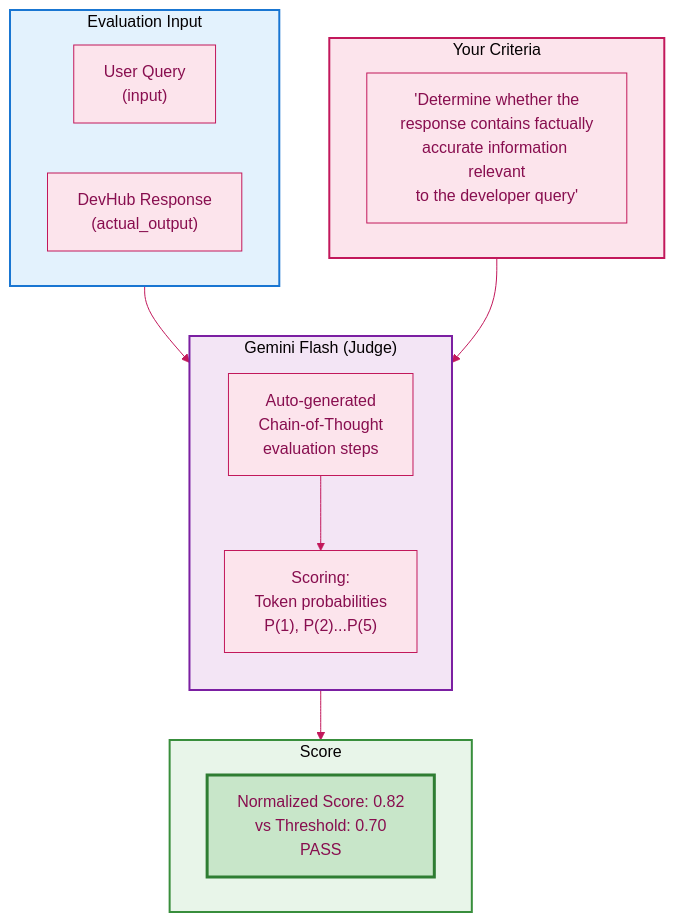
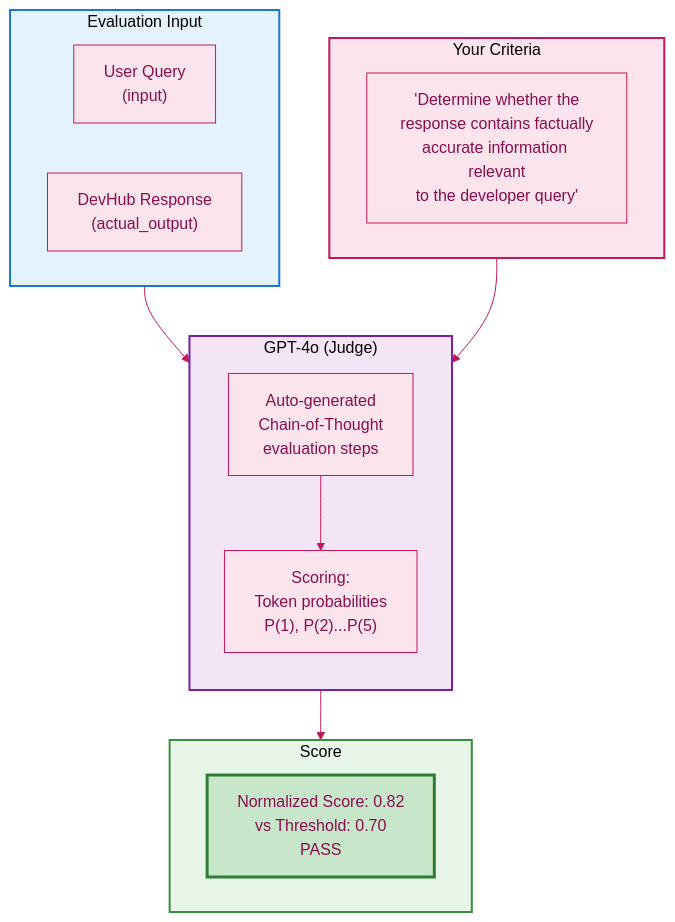
One commit to axel-sirota/salesforce-ai-workshops changed the diagram in exercises/session_06/charts/02_geval_pipeline.mmd. Above: the diagram before and after it, drawn with Mermaid. The commit also changed 9 other files, not shown here.

```diff
--- a/exercises/session_06/charts/02_geval_pipeline.mmd
+++ b/exercises/session_06/charts/02_geval_pipeline.mmd
@@ -1,32 +1,32 @@
 %%{init: {'theme': 'base', 'themeVariables': { 'primaryColor': '#fce4ec', 'primaryTextColor': '#880e4f', 'primaryBorderColor': '#c2185b', 'lineColor': '#c2185b'}}}%%
 flowchart TB
     subgraph Input["Evaluation Input"]
         direction LR
         I1["User Query<br/>(input)"]
         I2["DevHub Response<br/>(actual_output)"]
     end
 
     subgraph Criteria["Your Criteria"]
         C1["'Determine whether the<br/>response contains factually<br/>accurate information relevant<br/>to the developer query'"]
     end
 
-    subgraph Judge["Gemini Flash (Judge)"]
+    subgraph Judge["GPT-4o (Judge)"]
         direction TB
         COT["Auto-generated<br/>Chain-of-Thought<br/>evaluation steps"]
         SCORE["Scoring:<br/>Token probabilities<br/>P(1), P(2)...P(5)"]
         COT --> SCORE
     end
 
     subgraph Output["Score"]
         RESULT["Normalized Score: 0.82<br/>vs Threshold: 0.70<br/>PASS"]
     end
 
     Input --> Judge
     Criteria --> Judge
     Judge --> Output
 
     style Input fill:#e3f2fd,stroke:#1976d2,stroke-width:2px
     style Criteria fill:#fce4ec,stroke:#c2185b,stroke-width:2px
     style Judge fill:#f3e5f5,stroke:#7b1fa2,stroke-width:2px
     style Output fill:#e8f5e9,stroke:#388e3c,stroke-width:2px
     style RESULT fill:#c8e6c9,stroke:#2e7d32,stroke-width:3px
```
